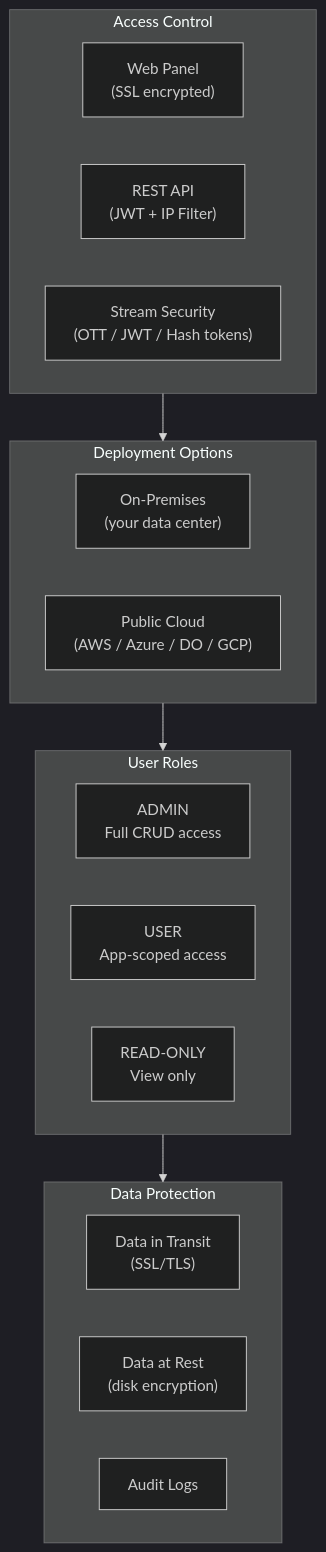
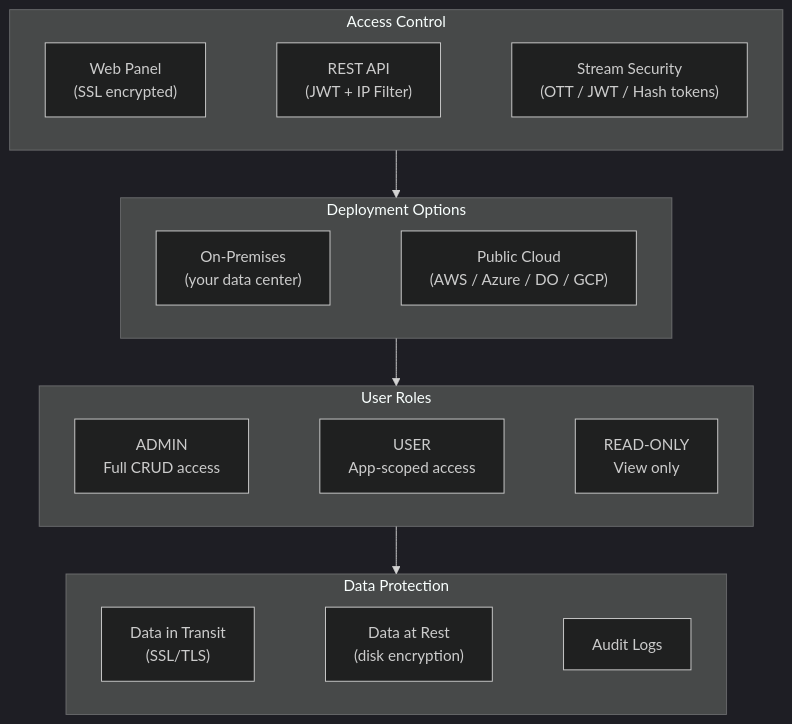
One commit to ant-media/ant-media-documentation changed the diagram in docs/get-started/security-and-privacy.md. Above: the diagram before and after it, drawn with Mermaid (dark theme).

Commit message:
Force horizontal Mermaid layout in Security Architecture.
Use invisible sibling links so each layer expands side by side in Docusaurus instead of stacking nodes vertically.

````diff
--- a/docs/get-started/security-and-privacy.md
+++ b/docs/get-started/security-and-privacy.md
@@ -18,33 +18,37 @@
 ```mermaid
 flowchart TD
     subgraph Access["Access Control"]
         direction LR
         UI["Web Panel<br/>(SSL encrypted)"]
         API["REST API<br/>(JWT + IP Filter)"]
         Stream["Stream Security<br/>(OTT / JWT / Hash tokens)"]
+        UI ~~~ API ~~~ Stream
     end
 
     subgraph Deployment["Deployment Options"]
         direction LR
         OnPrem["On-Premises<br/>(your data center)"]
         Cloud["Public Cloud<br/>(AWS / Azure / DO / GCP)"]
+        OnPrem ~~~ Cloud
     end
 
     subgraph Roles["User Roles"]
         direction LR
         Admin["ADMIN<br/>Full CRUD access"]
-        User["USER<br/>App-scoped access"]
+        UserRole["USER<br/>App-scoped access"]
         ReadOnly["READ-ONLY<br/>View only"]
+        Admin ~~~ UserRole ~~~ ReadOnly
     end
 
     subgraph Data["Data Protection"]
         direction LR
         Transit["Data in Transit<br/>(SSL/TLS)"]
         Rest["Data at Rest<br/>(disk encryption)"]
         Logs["Audit Logs"]
+        Transit ~~~ Rest ~~~ Logs
     end
 
     Access --> Deployment
     Deployment --> Roles
     Roles --> Data
 ```
````
